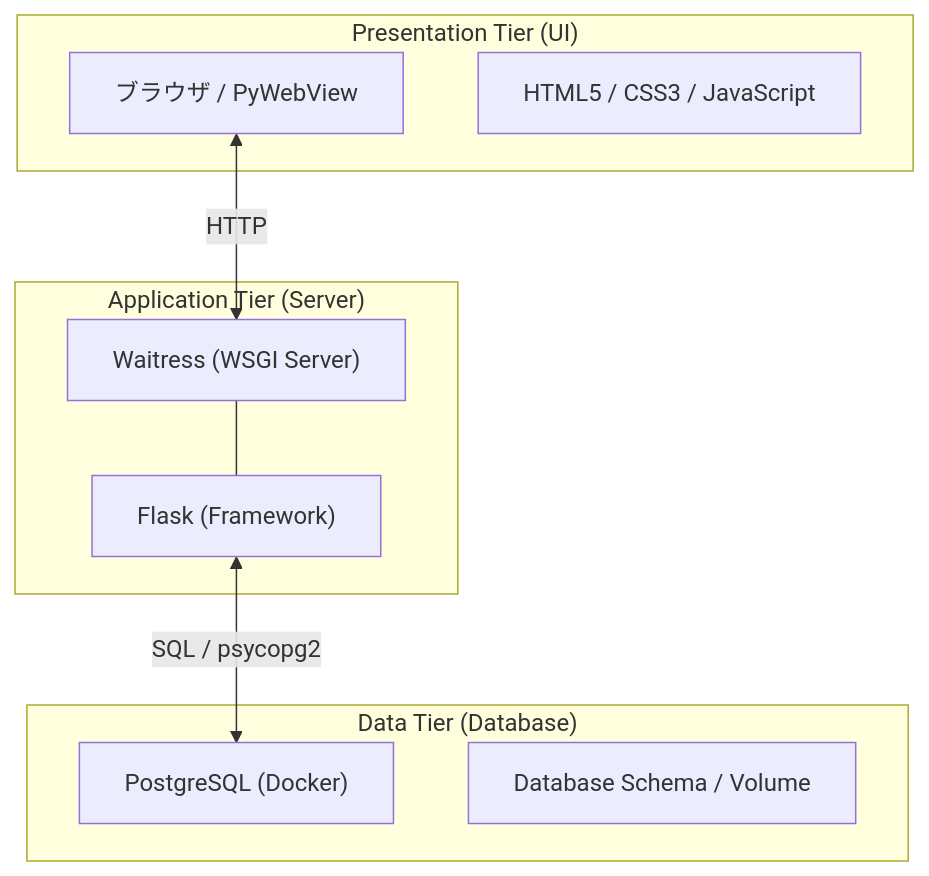
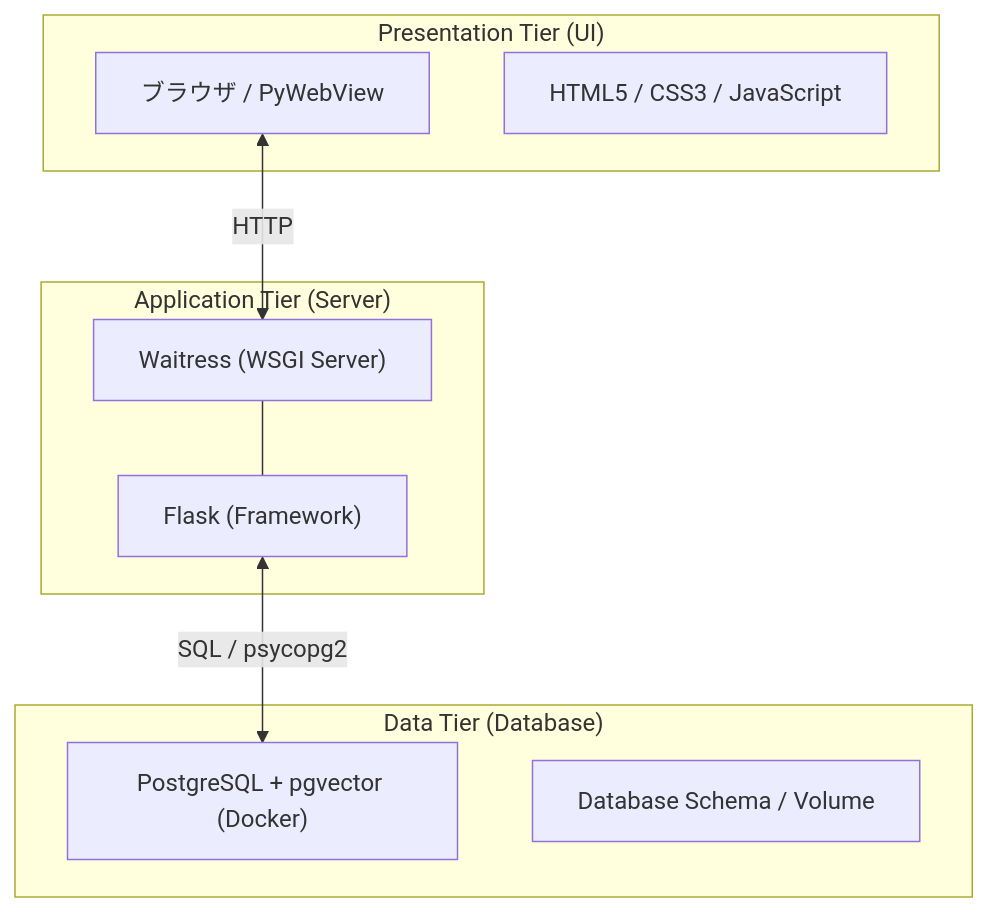
Before and after one commit to soulsand08/family_fishing: the diagram in README.md, drawn with Mermaid. The commit also changed other lines of this file and 48 other files, not shown here.

````diff
--- a/README.md
+++ b/README.md
@@ -17,21 +17,21 @@
 ```mermaid
 graph TD
     subgraph "Presentation Tier (UI)"
         A["ブラウザ / PyWebView"]
         B["HTML5 / CSS3 / JavaScript"]
     end
 
     subgraph "Application Tier (Server)"
         C["Waitress (WSGI Server)"]
         D["Flask (Framework)"]
     end
 
     subgraph "Data Tier (Database)"
-        E["PostgreSQL (Docker)"]
+        E["PostgreSQL + pgvector (Docker)"]
         F["Database Schema / Volume"]
     end
 
     A <-->|HTTP| C
     C --- D
     D <-->|SQL / psycopg2| E
 ```
````
